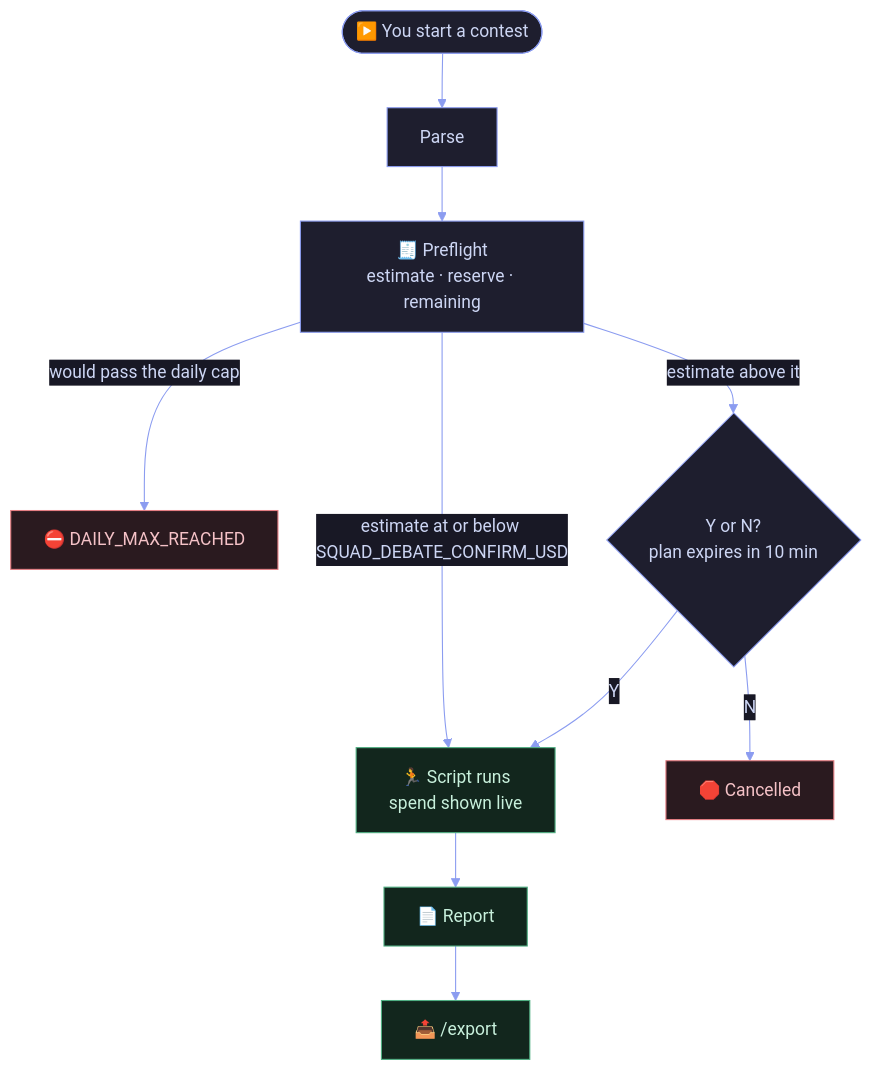
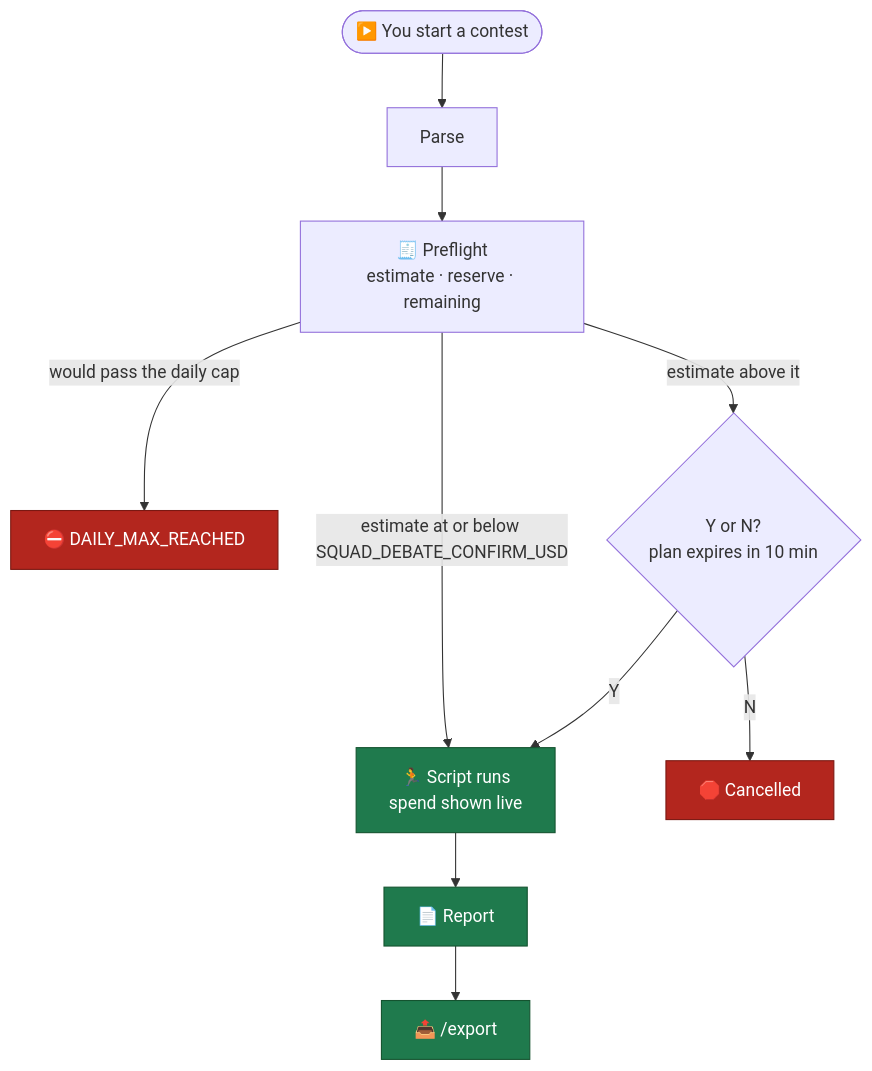
The fifth of 8 diagrams in README.md (shoemoney/squad), drawn with Mermaid before and after one commit. The commit also changed other lines of this file, not shown here.

Commit message:
docs: 📦🧭 README round 3: per-OS key install, Quick start up front, vertical theme-safe diagrams, honest clip wording, census and crosscheck recut 🎞️

````diff
--- a/README.md
+++ b/README.md
@@ -1112,15 +1096,14 @@
 ```mermaid
-%%{init: {'theme':'base','themeVariables':{'primaryColor':'#1e1e2e','primaryTextColor':'#cdd6f4','primaryBorderColor':'#8b9cf0','lineColor':'#8b9cf0','secondaryColor':'#181825','tertiaryColor':'#1e1e2e','noteBkgColor':'#181825','noteTextColor':'#cdd6f4','actorBkg':'#1e1e2e','actorBorder':'#8b9cf0','actorTextColor':'#cdd6f4','signalColor':'#cdd6f4'}}}%%
 flowchart TD
     S(["▶️ You start a contest"]) --> Pa["Parse"] --> Pf["🧾 Preflight<br/>estimate · reserve · remaining"]
     Pf -->|"would pass the daily cap"| R["⛔ DAILY_MAX_REACHED"]
     Pf -->|"estimate at or below SQUAD_DEBATE_CONFIRM_USD"| Run["🏃 Script runs<br/>spend shown live"]
     Pf -->|"estimate above it"| Cf{"Y or N?<br/>plan expires in 10 min"}
     Cf -->|Y| Run
     Cf -->|N| X["🛑 Cancelled"]
     Run --> Rep["📄 Report"] --> Ex["📤 /export"]
-    classDef warn fill:#2a1a1f,stroke:#e57f84,color:#f5c2c7
-    classDef ok fill:#12261d,stroke:#4fae82,color:#c8f0dc
+    classDef warn fill:#b3261e,stroke:#7a1812,color:#fff
+    classDef ok fill:#1f7a4d,stroke:#14532f,color:#fff
     class R,X warn
     class Run,Rep,Ex ok
 ```
````
